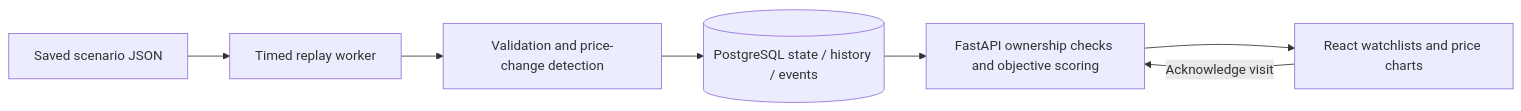
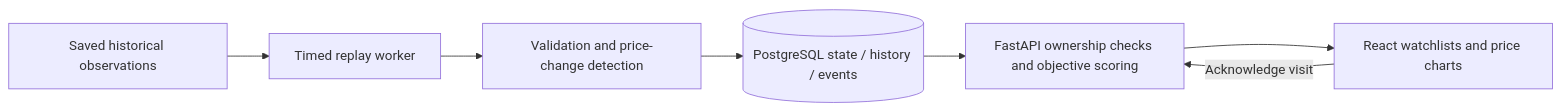
The first of 2 diagrams in README.md (Nayuraikar/smart-market-watchlist), drawn with Mermaid before and after one commit. The commit also changed other lines of this file and 11 other files, not shown here.

````diff
--- a/README.md
+++ b/README.md
@@ -192,9 +330,9 @@
 ```mermaid
 flowchart LR
-  JSON[Saved scenario JSON] --> Worker[Timed replay worker]
-  Worker --> Ingest[Validation and price-change detection]
-  Ingest --> DB[(PostgreSQL state / history / events)]
-  DB --> API[FastAPI ownership checks and objective scoring]
-  API --> UI[React watchlists and price charts]
-  UI -->|Acknowledge visit| API
+    JSON[Saved historical observations] --> Worker[Timed replay worker]
+    Worker --> Ingest[Validation and price-change detection]
+    Ingest --> DB[(PostgreSQL state / history / events)]
+    DB --> API[FastAPI ownership checks and objective scoring]
+    API --> UI[React watchlists and price charts]
+    UI -->|Acknowledge visit| API
 ```
````
